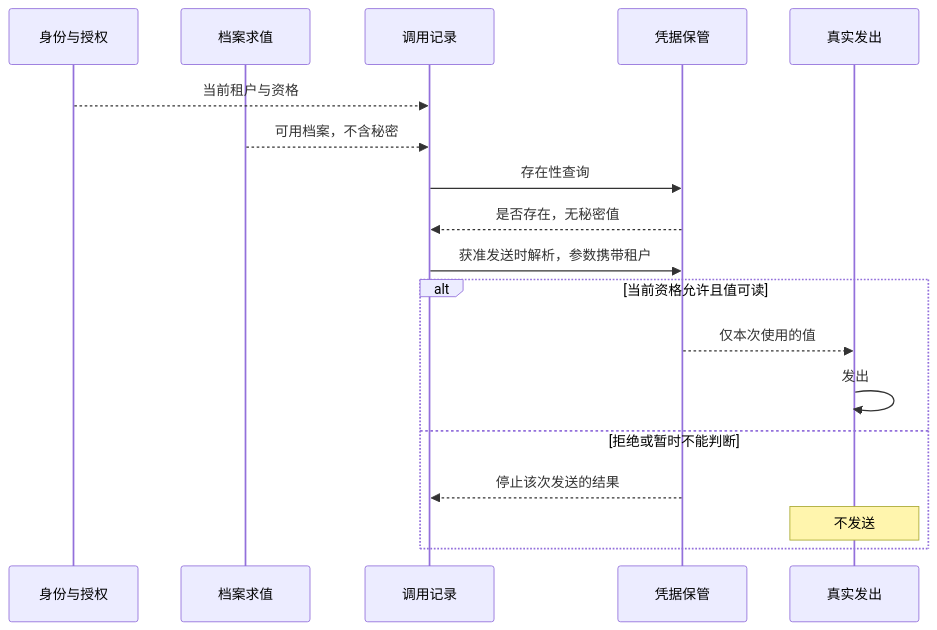
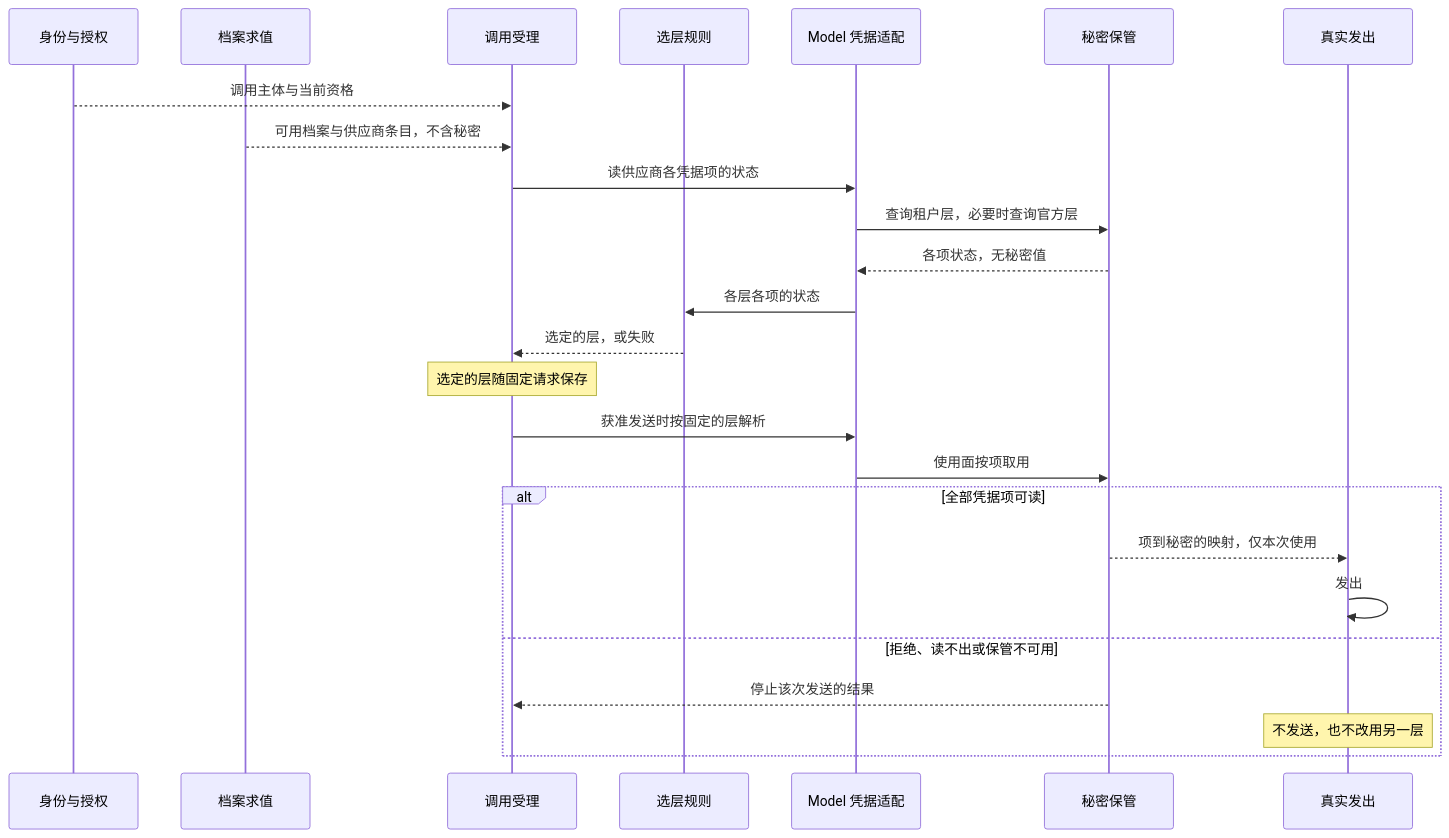
The diagram in docs/domains/model-invocation/architecture.md (nemori-ai/omne-harness-lite), drawn with Mermaid before and after one commit. The commit also changed other lines of this file and 15 other files, not shown here.

````diff
--- a/docs/domains/model-invocation/architecture.md
+++ b/docs/domains/model-invocation/architecture.md
@@ -35,20 +48,27 @@
 ```mermaid
 sequenceDiagram
   participant Id as 身份与授权
   participant Profile as 档案求值
-  participant Call as 调用记录
-  participant Keep as 凭据保管
+  participant Call as 调用受理
+  participant Rule as 选层规则
+  participant Adapter as Model 凭据适配
+  participant Keep as 秘密保管
   participant Send as 真实发出
-  Id-->>Call: 当前租户与资格
-  Profile-->>Call: 可用档案，不含秘密
-  Call->>Keep: 存在性查询
-  Keep-->>Call: 是否存在，无秘密值
-  Call->>Keep: 获准发送时解析，参数携带租户
-  alt 当前资格允许且值可读
-    Keep-->>Send: 仅本次使用的值
+  Id-->>Call: 调用主体与当前资格
+  Profile-->>Call: 可用档案与供应商条目，不含秘密
+  Call->>Adapter: 读供应商各凭据项的状态
+  Adapter->>Keep: 查询租户层，必要时查询官方层
+  Keep-->>Adapter: 各项状态，无秘密值
+  Adapter->>Rule: 各层各项的状态
+  Rule-->>Call: 选定的层，或失败
+  Note over Call: 选定的层随固定请求保存
+  Call->>Adapter: 获准发送时按固定的层解析
+  Adapter->>Keep: 使用面按项取用
+  alt 全部凭据项可读
+    Keep-->>Send: 项到秘密的映射，仅本次使用
     Send->>Send: 发出
-  else 拒绝或暂时不能判断
+  else 拒绝、读不出或保管不可用
     Keep-->>Call: 停止该次发送的结果
-    Note over Send: 不发送
+    Note over Send: 不发送，也不改用另一层
   end
 ```
````
